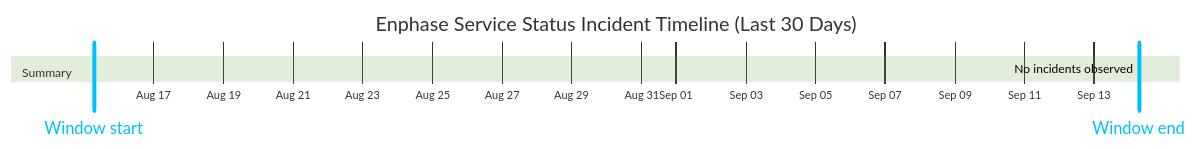
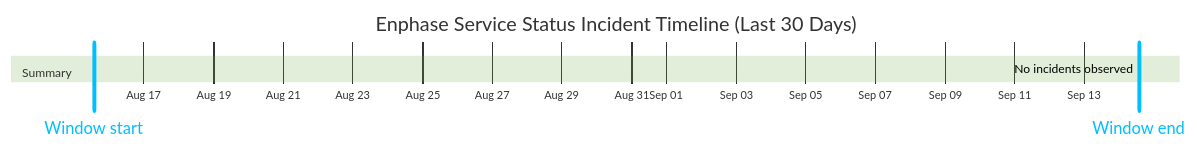
The diagram in wiki/Service-Status-History.md (barneyonline/ha-enphase-energy), drawn with Mermaid (forest theme) before and after one commit. The commit also changed other lines of this file and 3 other files, not shown here.

````diff
--- a/wiki/Service-Status-History.md
+++ b/wiki/Service-Status-History.md
@@ -14,10 +14,10 @@
 ```mermaid
 gantt
     title Enphase Service Status Incident Timeline (Last 30 Days)
     dateFormat  YYYY-MM-DDTHH:mm:ss
     axisFormat  %b %d
-    Window start :vert, window-start, 2026-08-15T06:43:41, 0ms
-    Window end :vert, window-end, 2026-09-14T06:43:41, 0ms
+    Window start :vert, window-start, 2026-08-15T13:38:52, 0ms
+    Window end :vert, window-end, 2026-09-14T13:38:52, 0ms
     section Summary
-    No incidents observed :done, 2026-09-14T06:43:41, 1m
+    No incidents observed :done, 2026-09-14T13:38:52, 1m
 ```
````
